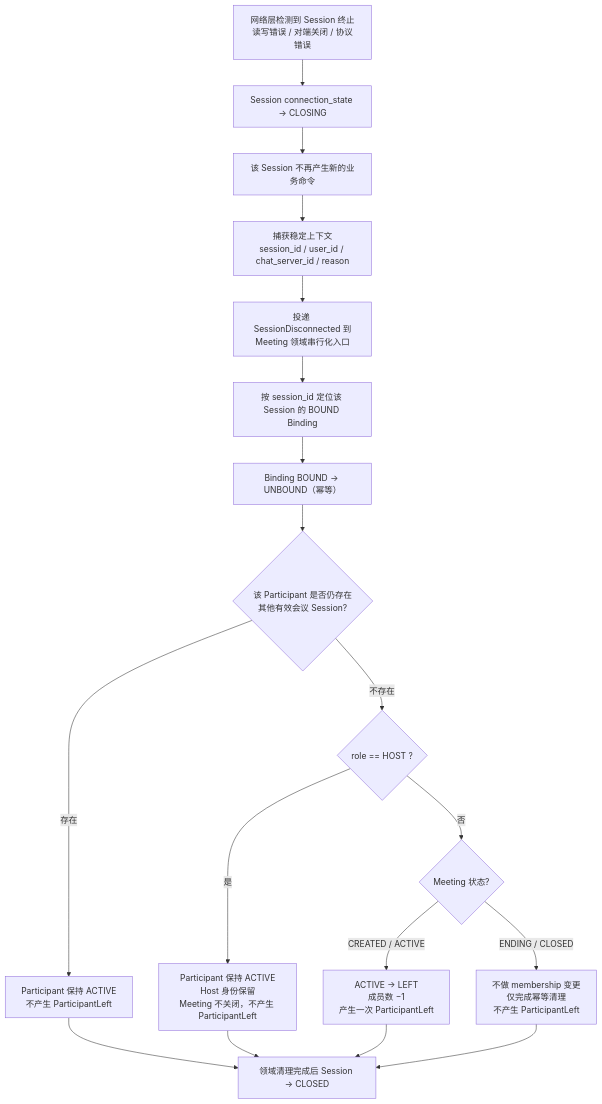
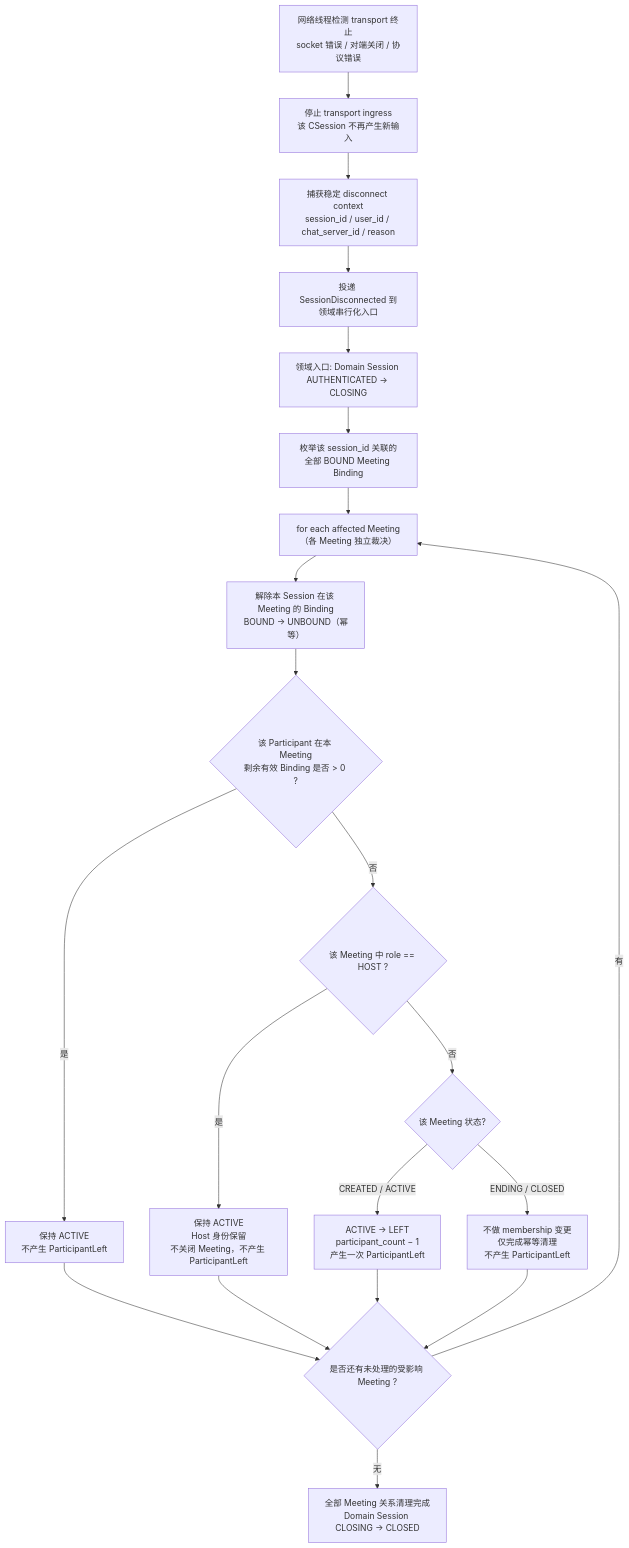
The fifth of 7 diagrams in docs/phase1/STEP-1.3-state-machines.md (tobeki/rtc-signaling-platform), drawn with Mermaid before and after one commit. The commit also changed other lines of this file, not shown here.

Commit message:
docs(phase1): Step 1.3 design review fix - transport/domain split, disconnect fan-out, permission-before-idempotency

````diff
--- a/docs/phase1/STEP-1.3-state-machines.md
+++ b/docs/phase1/STEP-1.3-state-machines.md
@@ -492,20 +661,23 @@
 ```mermaid
 flowchart TD
-    A["网络层检测到 Session 终止<br/>读写错误 / 对端关闭 / 协议错误"] --> B["Session connection_state → CLOSING"]
-    B --> C["该 Session 不再产生新的业务命令"]
-    C --> D["捕获稳定上下文<br/>session_id / user_id / chat_server_id / reason"]
-    D --> E["投递 SessionDisconnected 到<br/>Meeting 领域串行化入口"]
-    E --> F["按 session_id 定位该 Session 的 BOUND Binding"]
-    F --> G["Binding BOUND → UNBOUND（幂等）"]
-    G --> H{"该 Participant 是否仍存在<br/>其他有效会议 Session?"}
-    H -- "存在" --> I["Participant 保持 ACTIVE<br/>不产生 ParticipantLeft"]
-    H -- "不存在" --> J{"role == HOST ?"}
-    J -- "是" --> K["Participant 保持 ACTIVE<br/>Host 身份保留<br/>Meeting 不关闭，不产生 ParticipantLeft"]
-    J -- "否" --> L{"Meeting 状态?"}
-    L -- "CREATED / ACTIVE" --> M["ACTIVE → LEFT<br/>成员数 −1<br/>产生一次 ParticipantLeft"]
-    L -- "ENDING / CLOSED" --> N["不做 membership 变更<br/>仅完成幂等清理<br/>不产生 ParticipantLeft"]
-    I --> O["领域清理完成后 Session → CLOSED"]
-    K --> O
-    M --> O
-    N --> O
+    A["网络线程检测 transport 终止<br/>socket 错误 / 对端关闭 / 协议错误"] --> B["停止 transport ingress<br/>该 CSession 不再产生新输入"]
+    B --> C["捕获稳定 disconnect context<br/>session_id / user_id / chat_server_id / reason"]
+    C --> D["投递 SessionDisconnected 到领域串行化入口"]
+    D --> E["领域入口: Domain Session AUTHENTICATED → CLOSING"]
+    E --> F["枚举该 session_id 关联的全部 BOUND Meeting Binding"]
+    F --> G["for each affected Meeting（各 Meeting 独立裁决）"]
+    G --> H["解除本 Session 在该 Meeting 的 Binding<br/>BOUND → UNBOUND（幂等）"]
+    H --> I{"该 Participant 在本 Meeting<br/>剩余有效 Binding 是否 > 0 ?"}
+    I -- "是" --> J["保持 ACTIVE<br/>不产生 ParticipantLeft"]
+    I -- "否" --> K{"该 Meeting 中 role == HOST ?"}
+    K -- "是" --> L["保持 ACTIVE<br/>Host 身份保留<br/>不关闭 Meeting，不产生 ParticipantLeft"]
+    K -- "否" --> M{"该 Meeting 状态?"}
+    M -- "CREATED / ACTIVE" --> N["ACTIVE → LEFT<br/>participant_count − 1<br/>产生一次 ParticipantLeft"]
+    M -- "ENDING / CLOSED" --> O["不做 membership 变更<br/>仅完成幂等清理<br/>不产生 ParticipantLeft"]
+    J --> P{"是否还有未处理的受影响 Meeting ?"}
+    L --> P
+    N --> P
+    O --> P
+    P -- "有" --> G
+    P -- "无" --> Q["全部 Meeting 关系清理完成<br/>Domain Session CLOSING → CLOSED"]
 ```
````
